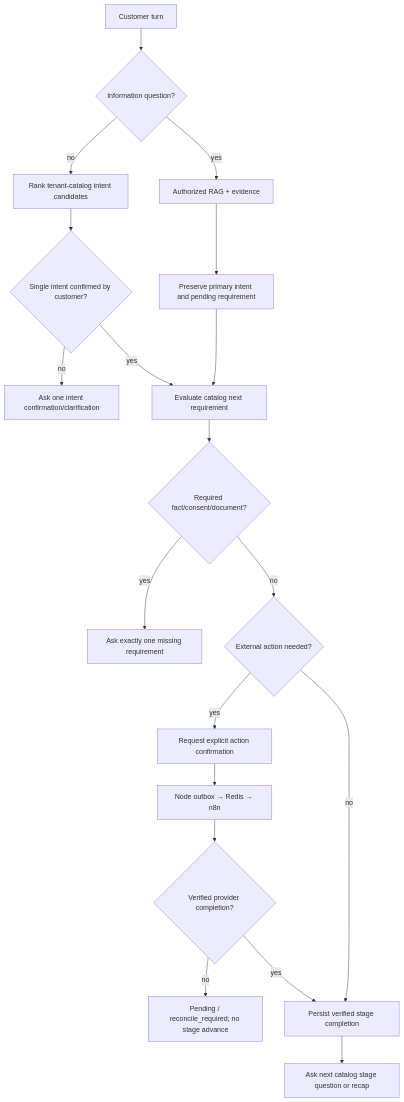
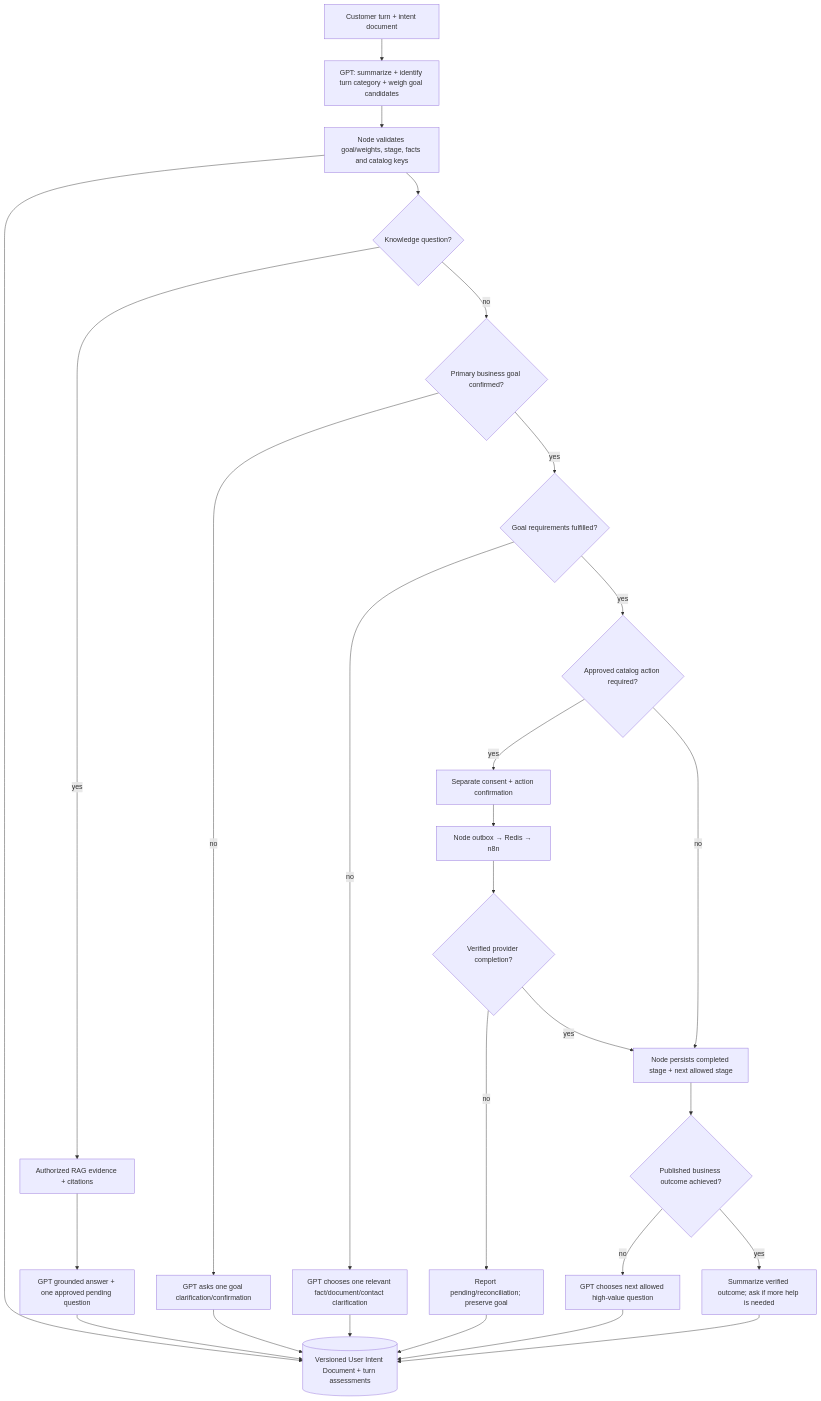
Before and after one commit to sanukhandev/agentic-rag-ai: the diagram in docs/journey.md, drawn with Mermaid. The commit also changed other lines of this file and 14 other files, not shown here.

Commit message:
docs: make GPT conversation planning goal-first with catalog intent taxonomy

````diff
--- a/docs/journey.md
+++ b/docs/journey.md
@@ -11,21 +17,29 @@
 ```mermaid
 flowchart TD
-  TURN[Customer turn] --> KNOW{Information question?}
-  KNOW -->|yes| RAG[Authorized RAG + evidence]
-  RAG --> RESUME[Preserve primary intent and pending requirement]
-  KNOW -->|no| SCORE[Rank tenant-catalog intent candidates]
-  SCORE --> CONFIRM{Single intent confirmed by customer?}
-  CONFIRM -->|no| ASK[Ask one intent confirmation/clarification]
-  CONFIRM -->|yes| REQ[Evaluate catalog next requirement]
-  RESUME --> REQ
-  REQ --> MISSING{Required fact/consent/document?}
-  MISSING -->|yes| QUESTION[Ask exactly one missing requirement]
-  MISSING -->|no| ACTION{External action needed?}
-  ACTION -->|yes| CUSTOMER[Request explicit action confirmation]
-  CUSTOMER --> OUTBOX[Node outbox → Redis → n8n]
+  IN[Customer turn + intent document] --> PLAN[GPT: summarize + identify turn category + weigh goal candidates]
+  PLAN --> NODE[Node validates goal/weights, stage, facts and catalog keys]
+  NODE --> KNOW{Knowledge question?}
+  KNOW -->|yes| RAG[Authorized RAG evidence + citations]
+  RAG --> ANSWER[GPT grounded answer + one approved pending question]
+  KNOW -->|no| GOAL{Primary business goal confirmed?}
+  GOAL -->|no| CLARIFY[GPT asks one goal clarification/confirmation]
+  GOAL -->|yes| REQ{Goal requirements fulfilled?}
+  REQ -->|no| ASK[GPT chooses one relevant fact/document/contact clarification]
+  REQ -->|yes| ACTION{Approved catalog action required?}
+  ACTION -->|yes| CONFIRM[Separate consent + action confirmation]
+  CONFIRM --> OUTBOX[Node outbox → Redis → n8n]
   OUTBOX --> PROVIDER{Verified provider completion?}
-  PROVIDER -->|no| PENDING[Pending / reconcile_required; no stage advance]
-  PROVIDER -->|yes| ADVANCE[Persist verified stage completion]
-  ACTION -->|no| ADVANCE
-  ADVANCE --> NEXT[Ask next catalog stage question or recap]
+  PROVIDER -->|no| STATUS[Report pending/reconciliation; preserve goal]
+  PROVIDER -->|yes| STAGE[Node persists completed stage + next allowed stage]
+  ACTION -->|no| STAGE
+  STAGE --> DONE{Published business outcome achieved?}
+  DONE -->|no| NEXT[GPT chooses next allowed high-value question]
+  DONE -->|yes| MORE[Summarize verified outcome; ask if more help is needed]
+  NODE --> SAVE[(Versioned User Intent Document + turn assessments)]
+  ANSWER --> SAVE
+  CLARIFY --> SAVE
+  ASK --> SAVE
+  STATUS --> SAVE
+  NEXT --> SAVE
+  MORE --> SAVE
 ```
````
